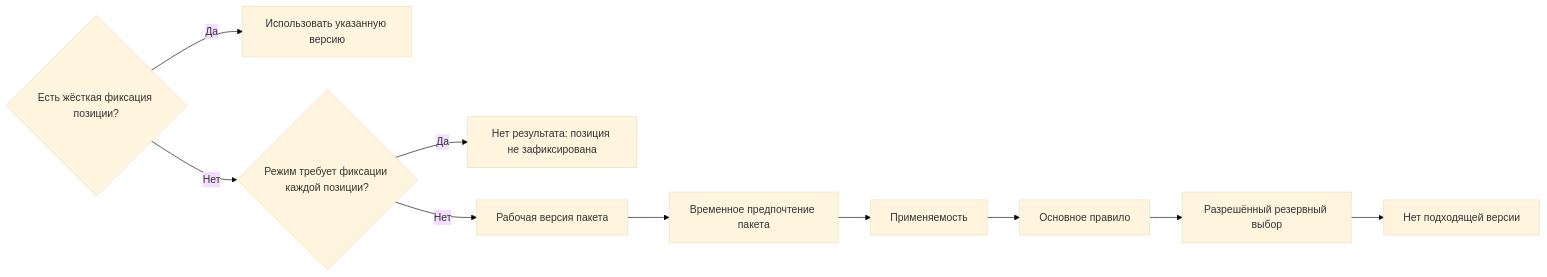
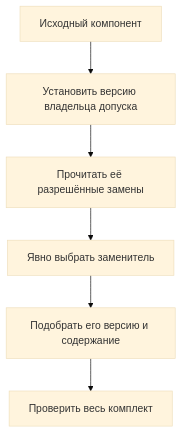
The second of 2 diagrams in wiki/Selection-end-to-end.md (ZelAnton/Interlink-product-book), drawn with Mermaid (base theme) before and after one commit. The commit also changed other lines of this file and 231 other files, not shown here.

````diff
--- a/wiki/Selection-end-to-end.md
+++ b/wiki/Selection-end-to-end.md
@@ -64,12 +34,8 @@
 ```mermaid
-flowchart LR
-    A{"Есть жёсткая фиксация позиции?"} -->|"Да"| B["Использовать указанную версию"]
-    A -->|"Нет"| C{"Режим требует фиксации каждой позиции?"}
-    C -->|"Да"| D["Нет результата: позиция не зафиксирована"]
-    C -->|"Нет"| E["Рабочая версия пакета"]
-    E --> F["Временное предпочтение пакета"]
-    F --> G["Применяемость"]
-    G --> H["Основное правило"]
-    H --> I["Разрешённый резервный выбор"]
-    I --> J["Нет подходящей версии"]
+flowchart TD
+    A["Исходный компонент"] --> B["Установить версию владельца допуска"]
+    B --> C["Прочитать её разрешённые замены"]
+    C --> D["Явно выбрать заменитель"]
+    D --> E["Подобрать его версию и содержание"]
+    E --> F["Проверить весь комплект"]
 ```
````
